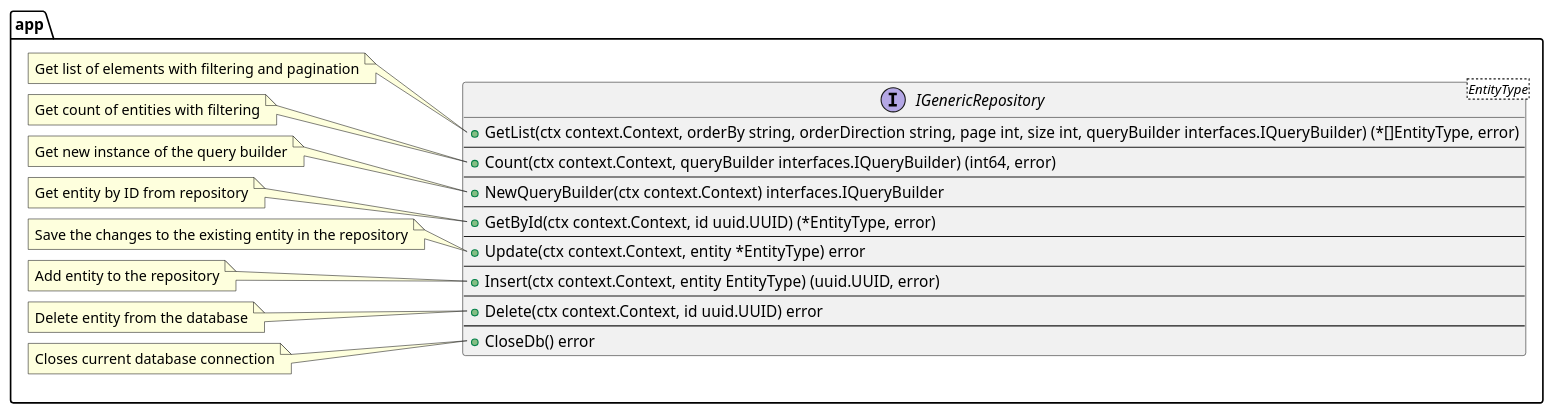
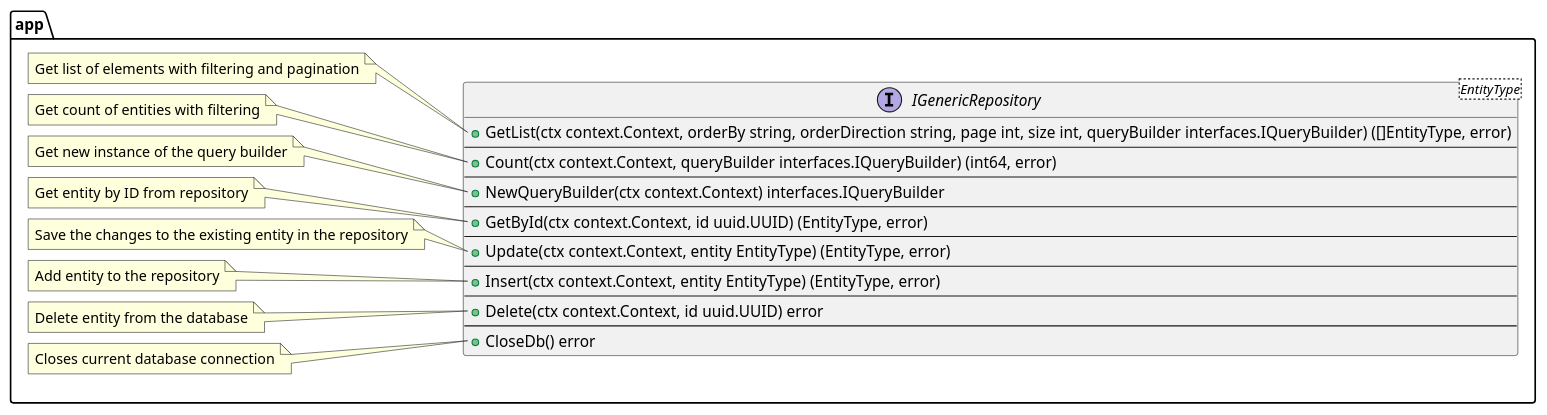
One commit to lf-edge/rol changed the diagram in docs/plantuml/interfaces/IGenericRepository.puml. Above: the diagram before and after it, drawn with PlantUML. The commit also changed 4 other files, not shown here.

```diff
--- a/docs/plantuml/interfaces/IGenericRepository.puml
+++ b/docs/plantuml/interfaces/IGenericRepository.puml
@@ -1,54 +1,54 @@
 @startuml IGenericRepository
 
 package app {
     interface IGenericRepository<EntityType> {
-        +GetList(ctx context.Context, orderBy string, orderDirection string, page int, size int, queryBuilder interfaces.IQueryBuilder) (*[]EntityType, error)
+        +GetList(ctx context.Context, orderBy string, orderDirection string, page int, size int, queryBuilder interfaces.IQueryBuilder) ([]EntityType, error)
         --
         +Count(ctx context.Context, queryBuilder interfaces.IQueryBuilder) (int64, error)
         --
         +NewQueryBuilder(ctx context.Context) interfaces.IQueryBuilder
         --
-        +GetById(ctx context.Context, id uuid.UUID) (*EntityType, error)
+        +GetById(ctx context.Context, id uuid.UUID) (EntityType, error)
         --
-        +Update(ctx context.Context, entity *EntityType) error
+        +Update(ctx context.Context, entity EntityType) (EntityType, error)
         --
-        +Insert(ctx context.Context, entity EntityType) (uuid.UUID, error)
+        +Insert(ctx context.Context, entity EntityType) (EntityType, error)
         --
         +Delete(ctx context.Context, id uuid.UUID) error
         --
         +CloseDb() error
     }
     note left of IGenericRepository::GetList
       Get list of elements with filtering and pagination
     end note
 
     note left of IGenericRepository::Count
       Get count of entities with filtering
     end note
 
     note left of IGenericRepository::NewQueryBuilder
       Get new instance of the query builder
     end note
 
     note left of IGenericRepository::GetById
       Get entity by ID from repository
     end note
 
     note left of IGenericRepository::Update
       Save the changes to the existing entity in the repository
     end note
 
     note left of IGenericRepository::Insert
       Add entity to the repository
     end note
 
     note left of IGenericRepository::Delete
       Delete entity from the database
     end note
 
     note left of IGenericRepository::CloseDb
       Closes current database connection
     end note
 }
 
 @enduml
```
